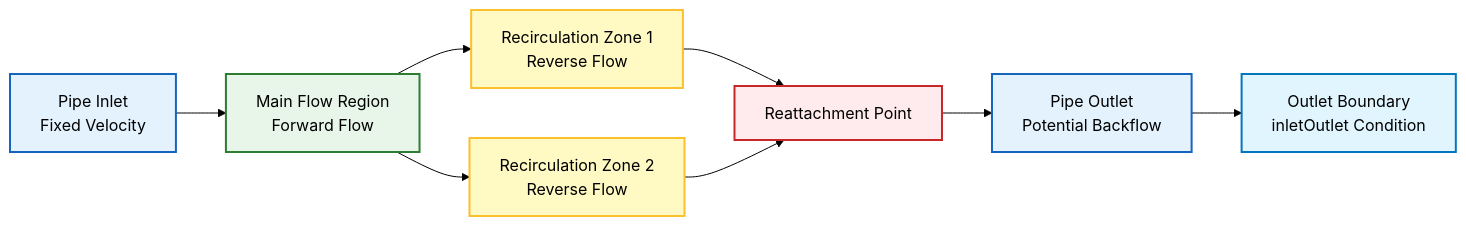
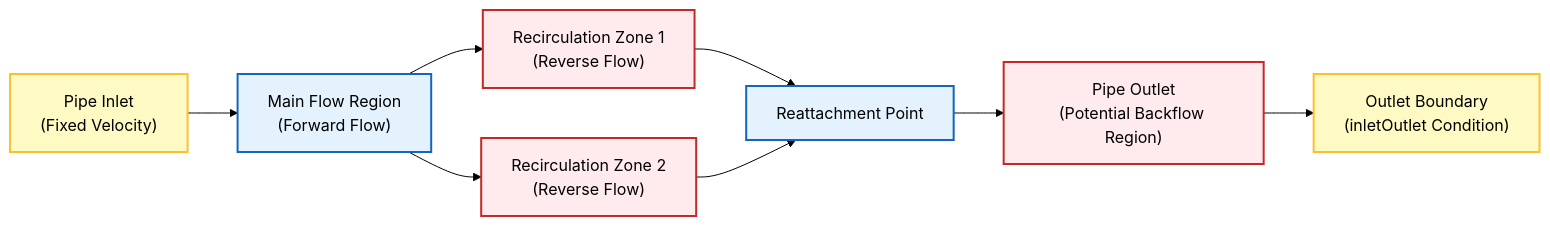
Before and after one commit to wramet/build-my-cfd: the sixth of 6 diagrams in MODULE_01_CFD_FUNDAMENTALS/CONTENT/03_BOUNDARY_CONDITIONS/07_Troubleshooting_Boundary_Conditions.md, drawn with Mermaid (forest theme). The commit also changed other lines of this file and 313 other files, not shown here.

Commit message:
Revise all diagram

````diff
--- a/MODULE_01_CFD_FUNDAMENTALS/CONTENT/03_BOUNDARY_CONDITIONS/07_Troubleshooting_Boundary_Conditions.md
+++ b/MODULE_01_CFD_FUNDAMENTALS/CONTENT/03_BOUNDARY_CONDITIONS/07_Troubleshooting_Boundary_Conditions.md
@@ -734,17 +715,14 @@
 ```mermaid
 graph LR
-    A["Pipe Inlet<br/>Fixed Velocity"] --> B["Main Flow Region<br/>Forward Flow"]
-    B --> C["Recirculation Zone 1<br/>Reverse Flow"]
-    B --> D["Recirculation Zone 2<br/>Reverse Flow"]
-    C --> E["Reattachment Point"]
-    D --> E
-    E --> F["Pipe Outlet<br/>Potential Backflow"]
-    F --> G["Outlet Boundary<br/>inletOutlet Condition"]
-    style A fill:#e3f2fd,stroke:#1565c0,stroke-width:2px,color:#000;
-    style B fill:#e8f5e9,stroke:#2e7d32,stroke-width:2px,color:#000;
-    style C fill:#fff9c4,stroke:#fbc02d,stroke-width:2px,color:#000;
-    style D fill:#fff9c4,stroke:#fbc02d,stroke-width:2px,color:#000;
-    style E fill:#ffebee,stroke:#c62828,stroke-width:2px,color:#000;
-    style F fill:#e3f2fd,stroke:#1565c0,stroke-width:2px,color:#000;
-    style G fill:#e1f5fe,stroke:#0277bd,stroke-width:2px,color:#000;
+A["Pipe Inlet<br/>(Fixed Velocity)"]:::explicit --> B["Main Flow Region<br/>(Forward Flow)"]:::implicit
+B --> C["Recirculation Zone 1<br/>(Reverse Flow)"]:::volatile
+B --> D["Recirculation Zone 2<br/>(Reverse Flow)"]:::volatile
+C --> E["Reattachment Point"]:::implicit
+D --> E
+E --> F["Pipe Outlet<br/>(Potential Backflow Region)"]:::volatile
+F --> G["Outlet Boundary<br/>(inletOutlet Condition)"]:::explicit
+
+classDef implicit fill:#e3f2fd,stroke:#1565c0,stroke-width:2px,color:#000;
+classDef explicit fill:#fff9c4,stroke:#fbc02d,stroke-width:2px,color:#000;
+classDef volatile fill:#ffebee,stroke:#c62828,stroke-width:2px,color:#000;
 ```
````
